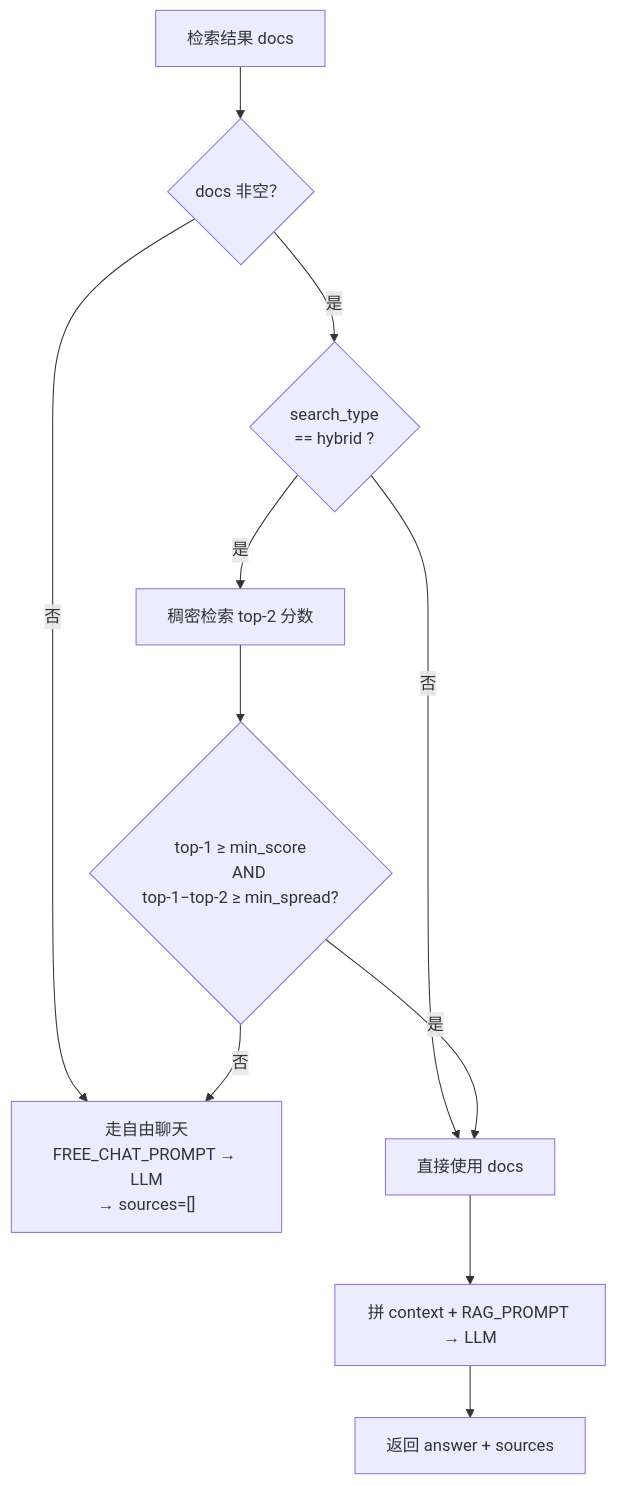
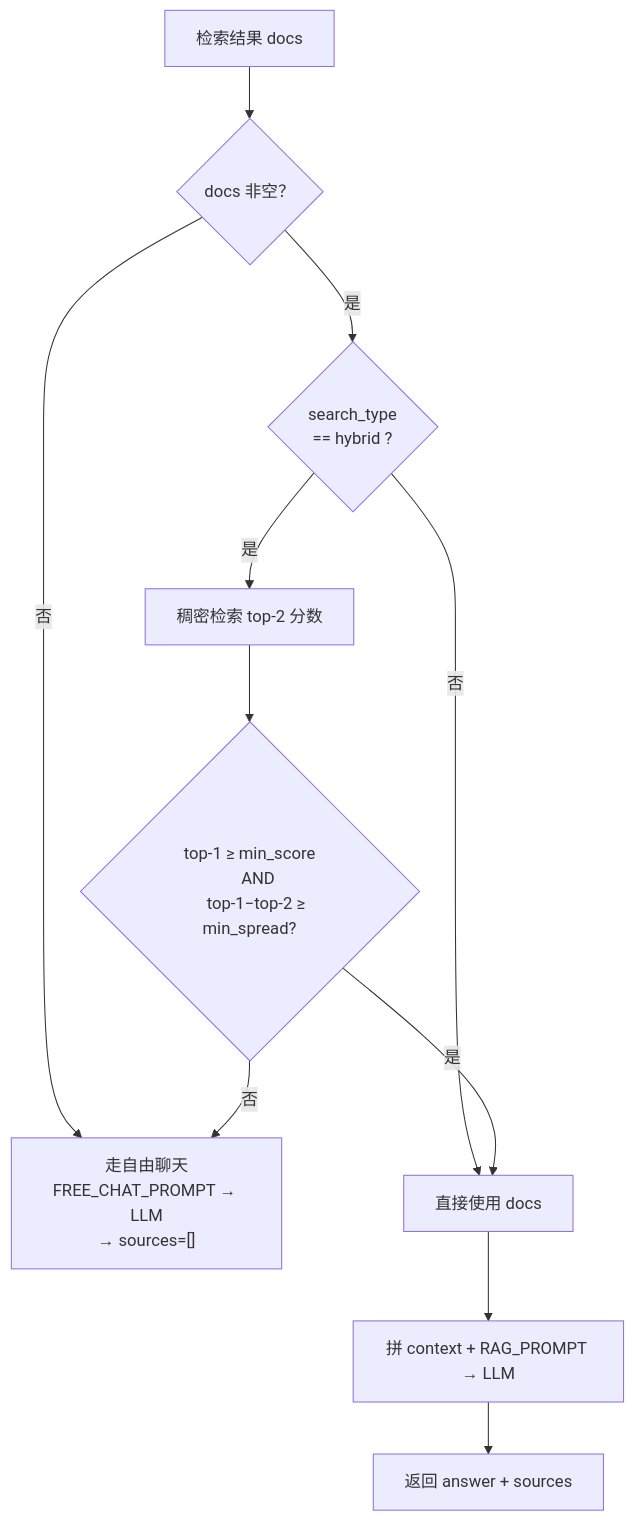
The fifth of 6 diagrams in docs/RAG.md (zqc1661586344/zz-demand-system), drawn with Mermaid before and after one commit. The commit also changed other lines of this file and 10 other files, not shown here.

````diff
--- a/docs/RAG.md
+++ b/docs/RAG.md
@@ -306,13 +423,13 @@
 ```mermaid
 flowchart TD
     A["检索结果 docs"] --> B{"docs 非空？"}
     B -- 否 --> C["走自由聊天<br/>FREE_CHAT_PROMPT → LLM<br/>→ sources=[]"]
     B -- 是 --> D{"search_type<br/>== hybrid ?"}
     D -- 否 --> E["直接使用 docs"]
     D -- 是 --> F["稠密检索 top-2 分数"]
-    F --> G{"top-1 ≥ min_score<br/>&emsp;AND<br/>top-1−top-2 ≥ min_spread?"}
+    F --> G{"top-1 ≥ min_score<br/>&emsp;AND<br/>&emsp;top-1−top-2 ≥ min_spread?"}
     G -- 否 --> C
     G -- 是 --> E
     E --> H["拼 context + RAG_PROMPT → LLM"]
     H --> I["返回 answer + sources"]
 ```
````
